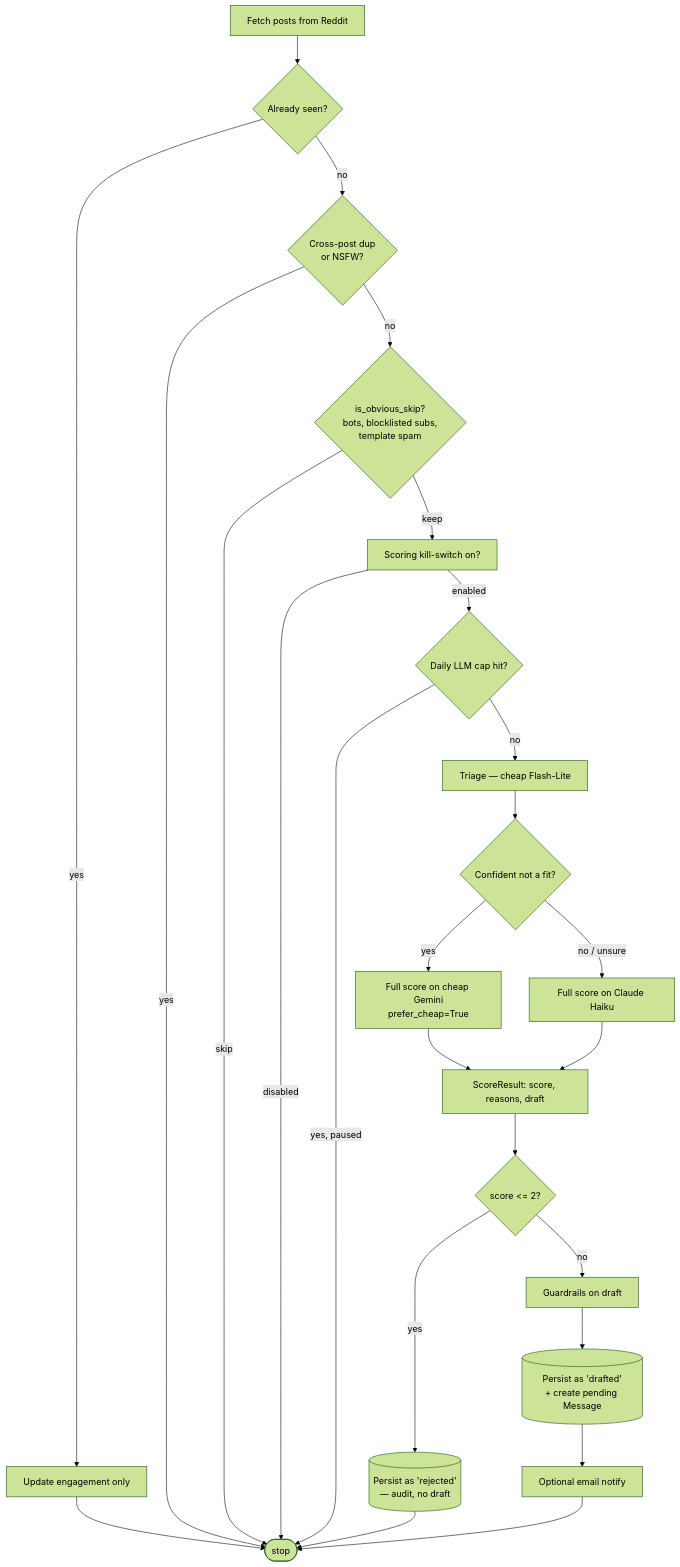
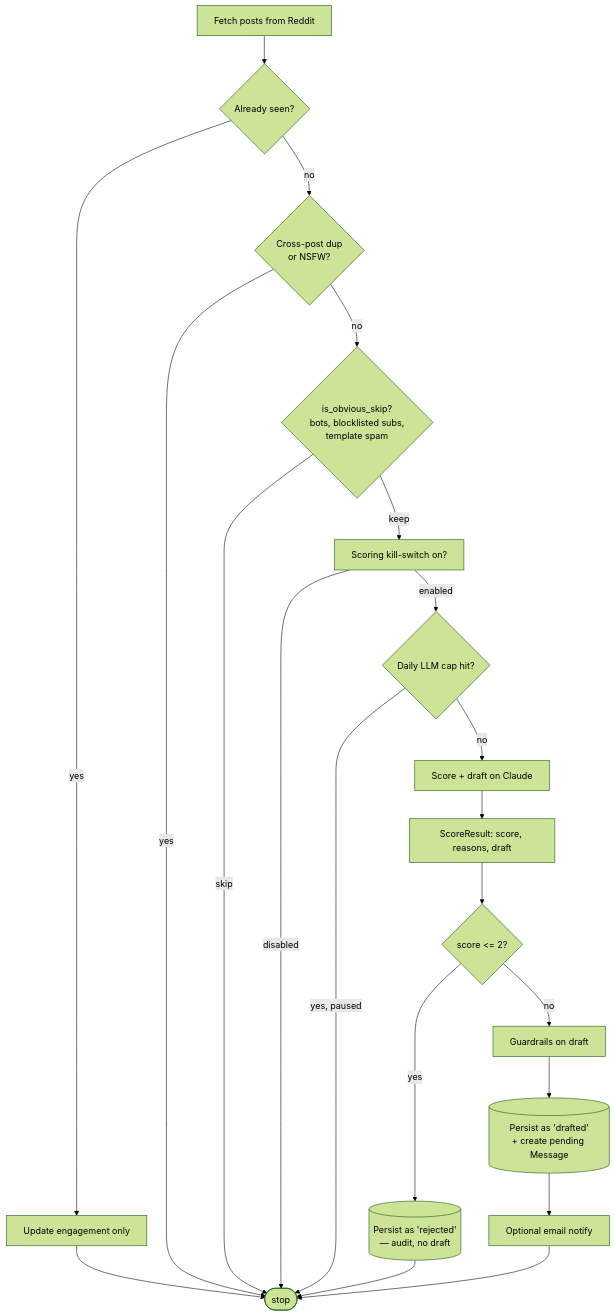
The second of 7 diagrams in docs/PIPELINE_FLOW.md (AishwaryaDV/reddit-outreach), drawn with Mermaid (forest theme) before and after one commit. The commit also changed other lines of this file, not shown here.

Commit message:
docs: update pipeline flow for single-backend / bring-your-own-key

````diff
--- a/docs/PIPELINE_FLOW.md
+++ b/docs/PIPELINE_FLOW.md
@@ -55,29 +54,24 @@
 ```mermaid
 flowchart TD
     A[Fetch posts from Reddit] --> B{Already seen?}
     B -->|yes| B2[Update engagement only] --> Z([stop])
     B -->|no| C{Cross-post dup<br/>or NSFW?}
     C -->|yes| Z
     C -->|no| D{is_obvious_skip?<br/>bots, blocklisted subs,<br/>template spam}
     D -->|skip| Z
     D -->|keep| E[Scoring kill-switch on?]
     E -->|disabled| Z
     E -->|enabled| Q{Daily LLM cap hit?}
     Q -->|yes, paused| Z
-    Q -->|no| T[Triage — cheap Flash-Lite]
+    Q -->|no| SC[Score + draft on Claude]
 
-    T --> ROUTE{Confident not a fit?}
-    ROUTE -->|yes| CHEAP[Full score on cheap Gemini<br/>prefer_cheap=True]
-    ROUTE -->|no / unsure| CLAUDE[Full score on Claude Haiku]
-
-    CHEAP --> S[ScoreResult: score, reasons, draft]
-    CLAUDE --> S
+    SC --> S[ScoreResult: score, reasons, draft]
 
     S --> SCJ{score <= 2?}
     SCJ -->|yes| REJ[(Persist as 'rejected'<br/>— audit, no draft)]
     SCJ -->|no| G[Guardrails on draft]
     G --> OPP[(Persist as 'drafted'<br/>+ create pending Message)]
     OPP --> N[Optional email notify]
     REJ --> Z
     N --> Z
 ```
````
